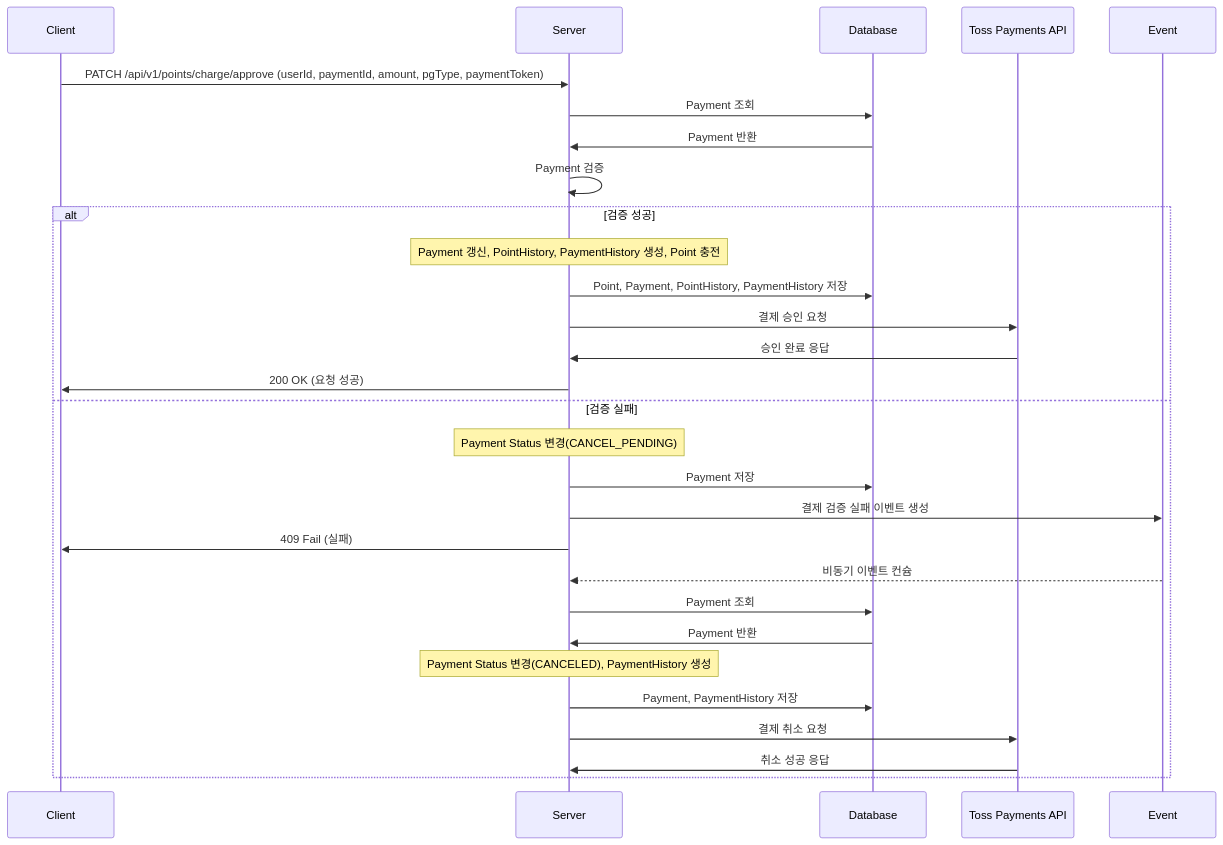
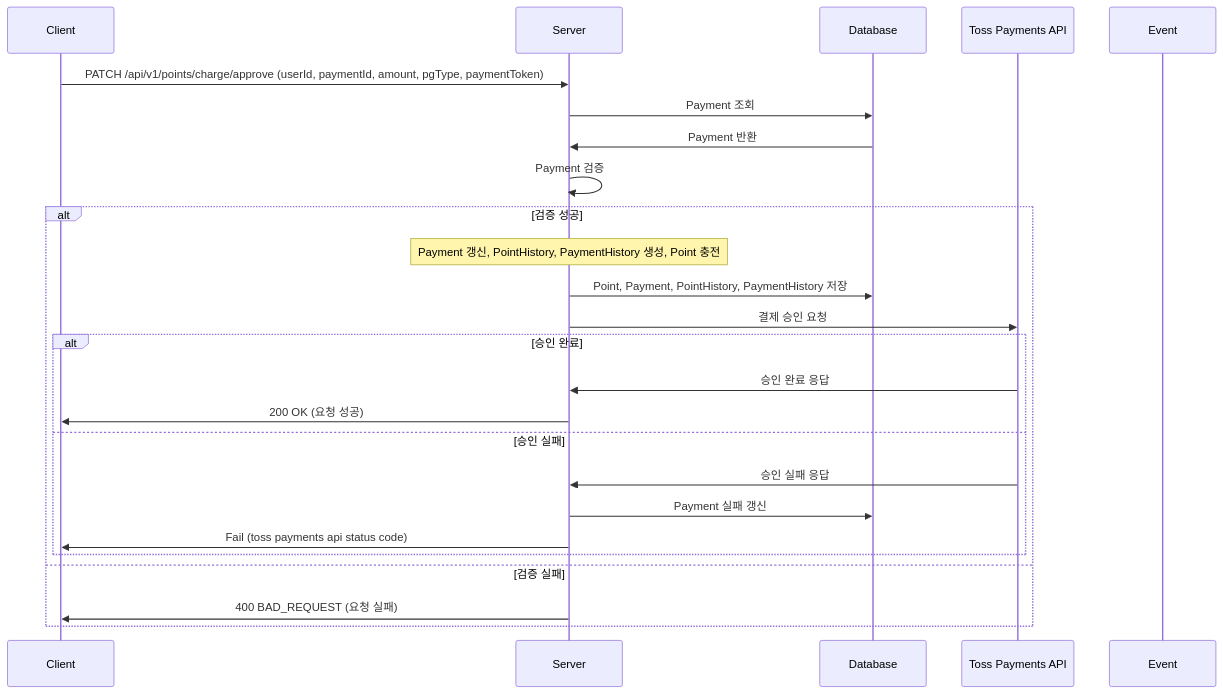
One commit to geonyeop123/pointly changed the fourth of 5 diagrams in docs/sequenceDiagram.md. Above: the diagram before and after it, drawn with Mermaid. The commit also changed other lines of this file and 2 other files, not shown here.

Commit message:
docs : 문서 최신화

````diff
--- a/docs/sequenceDiagram.md
+++ b/docs/sequenceDiagram.md
@@ -61,32 +61,28 @@
 ```mermaid
 sequenceDiagram
     participant Client
 		participant Server
     participant Database
     participant Toss Payments API
     participant Event
 
     Client->>Server: PATCH /api/v1/points/charge/approve (userId, paymentId, amount, pgType, paymentToken)
     Server->>Database : Payment 조회
     Database->>Server : Payment 반환
 	  Server->>Server : Payment 검증
     alt 검증 성공
 		Note over Server : Payment 갱신, PointHistory, PaymentHistory 생성, Point 충전
 		Server->>Database : Point, Payment, PointHistory, PaymentHistory 저장
 	  Server->>Toss Payments API : 결제 승인 요청
+	  alt 승인 완료
     Toss Payments API->>Server : 승인 완료 응답
 		Server->>Client : 200 OK (요청 성공)
+		else 승인 실패
+          Toss Payments API->>Server : 승인 실패 응답
+          Server->>Database : Payment 실패 갱신
+          Server->>Client : Fail (toss payments api status code)
+		end
 	  else 검증 실패
-		Note over Server : Payment Status 변경(CANCEL_PENDING)
-		Server->>Database : Payment 저장
-	  Server->>Event : 결제 검증 실패 이벤트 생성
-	  Server->>Client : 409 Fail (실패)
-	  Event-->>Server: 비동기 이벤트 컨슘
-	  Server->>Database: Payment 조회
-	  Database->>Server: Payment 반환
-		Note over Server : Payment Status 변경(CANCELED), PaymentHistory 생성
-    Server->>Database: Payment, PaymentHistory 저장
-    Server->>Toss Payments API: 결제 취소 요청
-    Toss Payments API->>Server: 취소 성공 응답
+        Server->>Client : 400 BAD_REQUEST (요청 실패)
 		end
 ```
````
